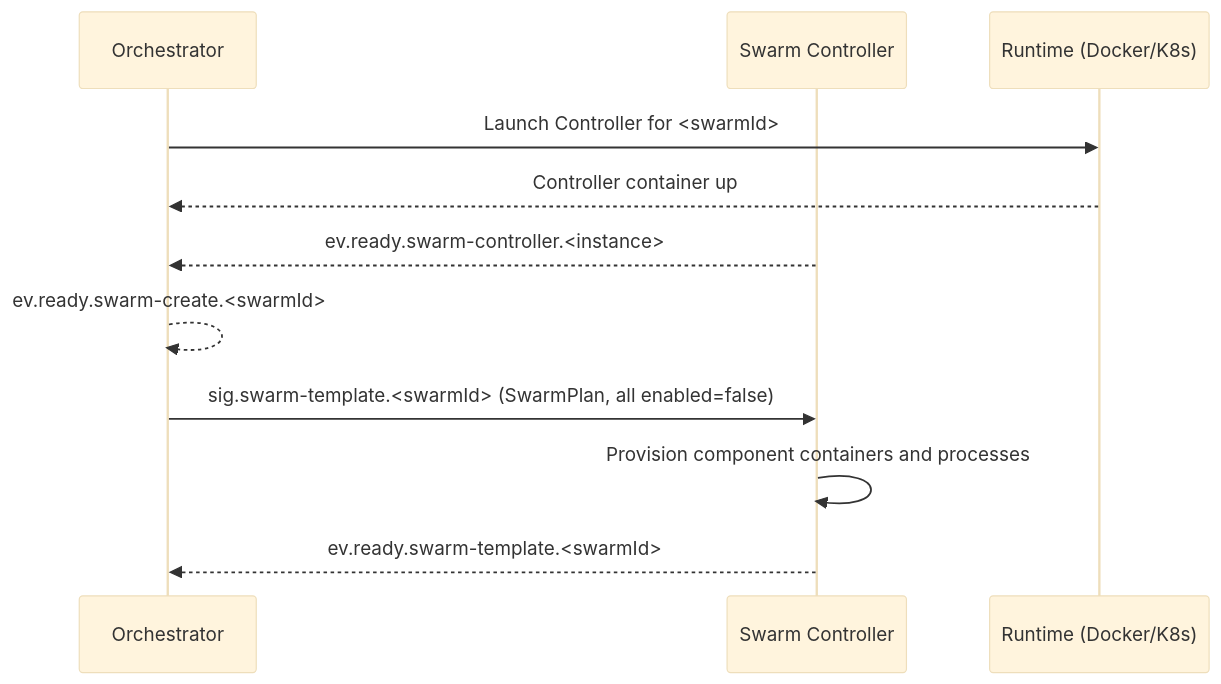
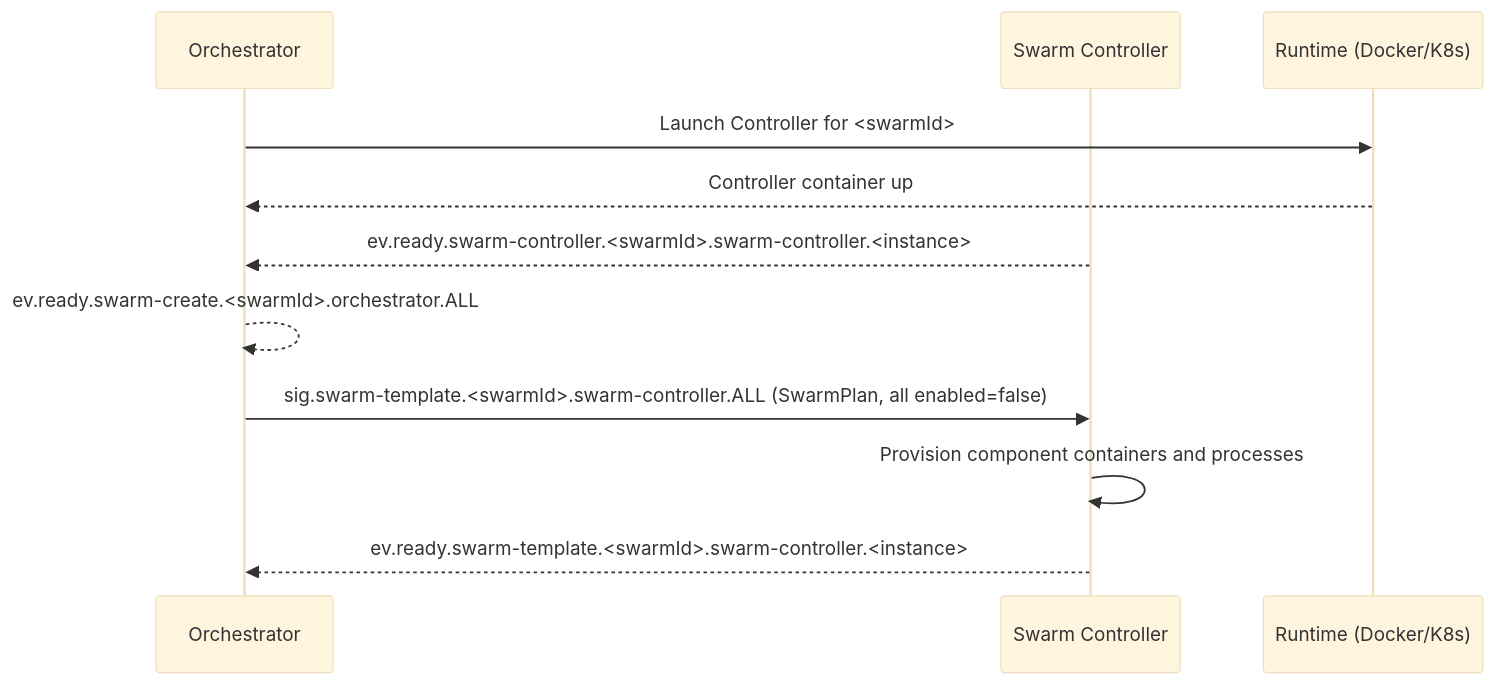
Before and after one commit to sepa79/PocketHive: the first of 8 diagrams in docs/ARCHITECTURE.md, drawn with Mermaid (base theme). The commit also changed other lines of this file and 7 other files, not shown here.

````diff
--- a/docs/ARCHITECTURE.md
+++ b/docs/ARCHITECTURE.md
@@ -147,15 +156,15 @@
 ```mermaid
 sequenceDiagram
   participant QN as Orchestrator
   participant MSH as Swarm Controller
   participant RT as Runtime (Docker/K8s)
 
   QN->>RT: Launch Controller for <swarmId>
   RT-->>QN: Controller container up
-  MSH-->>QN: ev.ready.swarm-controller.<instance>
-  QN-->>QN: ev.ready.swarm-create.<swarmId>
+  MSH-->>QN: ev.ready.swarm-controller.<swarmId>.swarm-controller.<instance>
+  QN-->>QN: ev.ready.swarm-create.<swarmId>.orchestrator.ALL
 
-  QN->>MSH: sig.swarm-template.<swarmId> (SwarmPlan, all enabled=false)
+  QN->>MSH: sig.swarm-template.<swarmId>.swarm-controller.ALL (SwarmPlan, all enabled=false)
   MSH->>MSH: Provision component containers and processes
-  MSH-->>QN: ev.ready.swarm-template.<swarmId>
+  MSH-->>QN: ev.ready.swarm-template.<swarmId>.swarm-controller.<instance>
 ```
````
